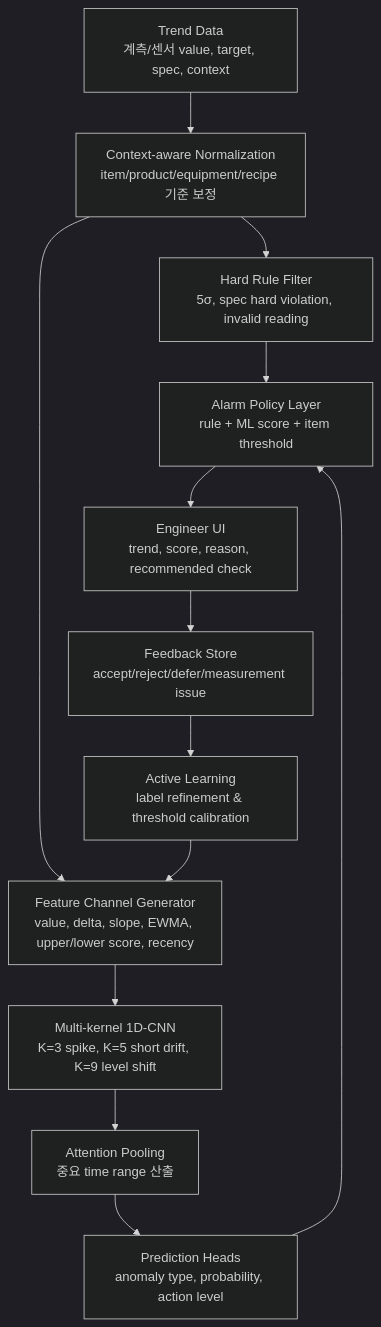
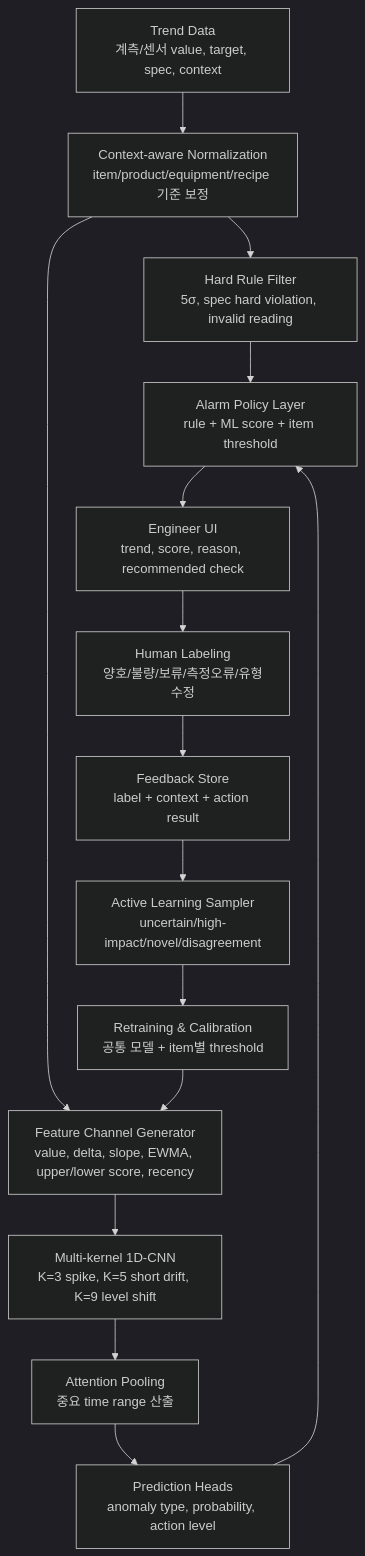
The second of 9 diagrams in presentation.md (mangotengcherry/trend_detect), drawn with Mermaid (dark theme) before and after one commit. The commit also changed other lines of this file, not shown here.

Commit message:
Add human-in-the-loop active learning process

````diff
--- a/presentation.md
+++ b/presentation.md
@@ -98,15 +113,17 @@
 ```mermaid
 flowchart TB
     A["Trend Data\n계측/센서 value, target, spec, context"] --> B["Context-aware Normalization\nitem/product/equipment/recipe 기준 보정"]
     B --> C["Hard Rule Filter\n5σ, spec hard violation, invalid reading"]
     B --> D["Feature Channel Generator\nvalue, delta, slope, EWMA, upper/lower score, recency"]
     D --> E["Multi-kernel 1D-CNN\nK=3 spike, K=5 short drift, K=9 level shift"]
     E --> F["Attention Pooling\n중요 time range 산출"]
     F --> G["Prediction Heads\nanomaly type, probability, action level"]
     C --> H["Alarm Policy Layer\nrule + ML score + item threshold"]
     G --> H
     H --> I["Engineer UI\ntrend, score, reason, recommended check"]
-    I --> J["Feedback Store\naccept/reject/defer/measurement issue"]
-    J --> K["Active Learning\nlabel refinement & threshold calibration"]
-    K --> D
+    I --> J["Human Labeling\n양호/불량/보류/측정오류/유형수정"]
+    J --> K["Feedback Store\nlabel + context + action result"]
+    K --> L["Active Learning Sampler\nuncertain/high-impact/novel/disagreement"]
+    L --> M["Retraining & Calibration\n공통 모델 + item별 threshold"]
+    M --> D
 ```
````
